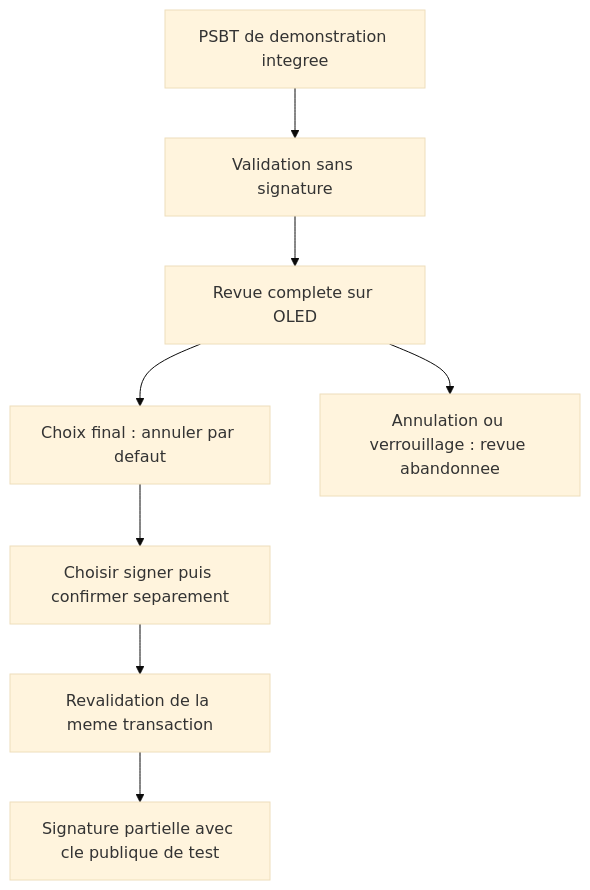
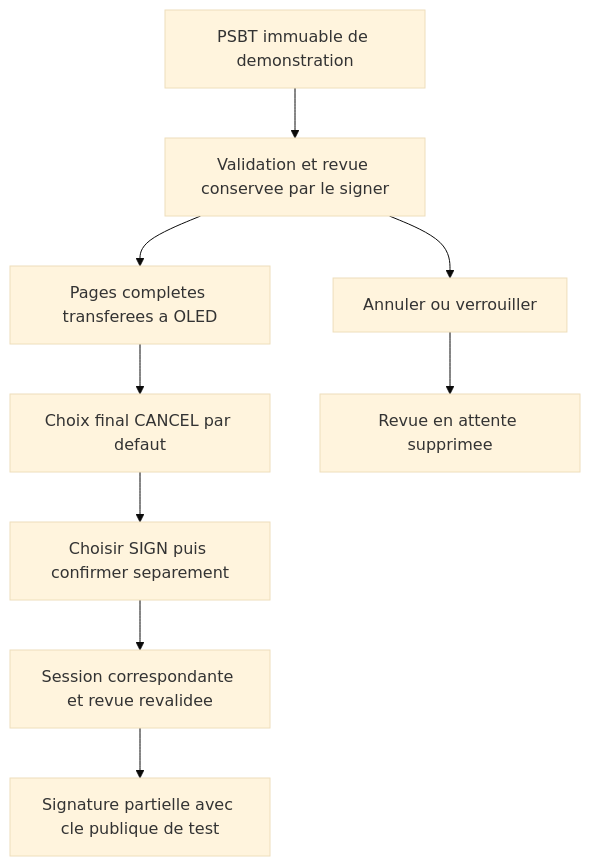
Before and after one commit to Strange500/nextPortfolio: the diagram in data/posts/fr/pico-ledger-journey.mdx, drawn with Mermaid (base theme). The commit also changed other lines of this file and 2 other files, not shown here.

````diff
--- a/data/posts/fr/pico-ledger-journey.mdx
+++ b/data/posts/fr/pico-ledger-journey.mdx
@@ -81,10 +78,11 @@
 ```mermaid
 flowchart TD
-    A[PSBT de demonstration integree] --> B[Validation sans signature]
-    B --> C[Revue complete sur OLED]
-    C --> D[Choix final : annuler par defaut]
-    D --> E[Choisir signer puis confirmer separement]
-    E --> F[Revalidation de la meme transaction]
+    A[PSBT immuable de demonstration] --> B[Validation et revue conservee par le signer]
+    B --> C[Pages completes transferees a OLED]
+    C --> D[Choix final CANCEL par defaut]
+    D --> E[Choisir SIGN puis confirmer separement]
+    E --> F[Session correspondante et revue revalidee]
     F --> G[Signature partielle avec cle publique de test]
-    C --> H[Annulation ou verrouillage : revue abandonnee]
+    B --> H[Annuler ou verrouiller]
+    H --> I[Revue en attente supprimee]
 ```
````
